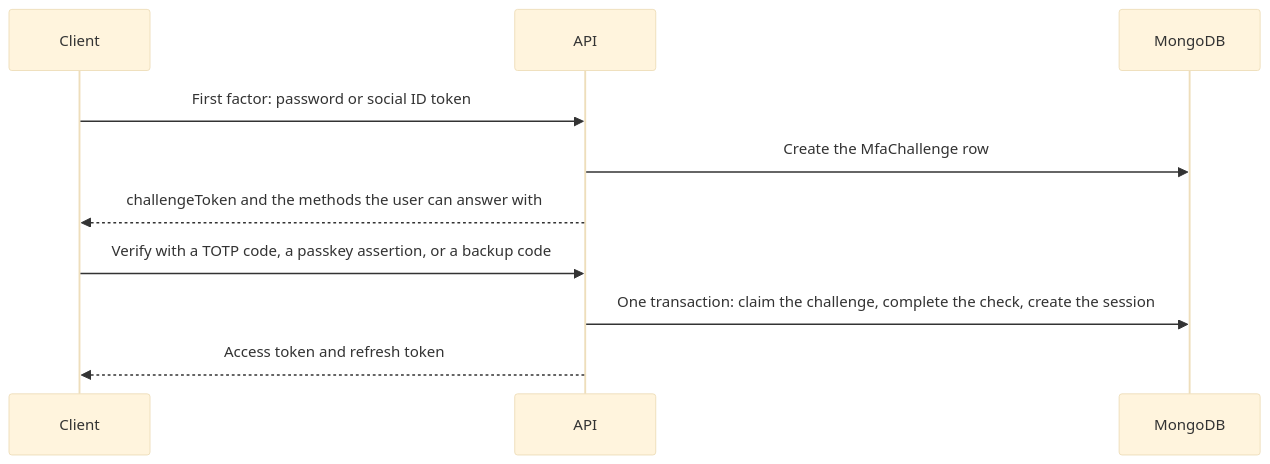
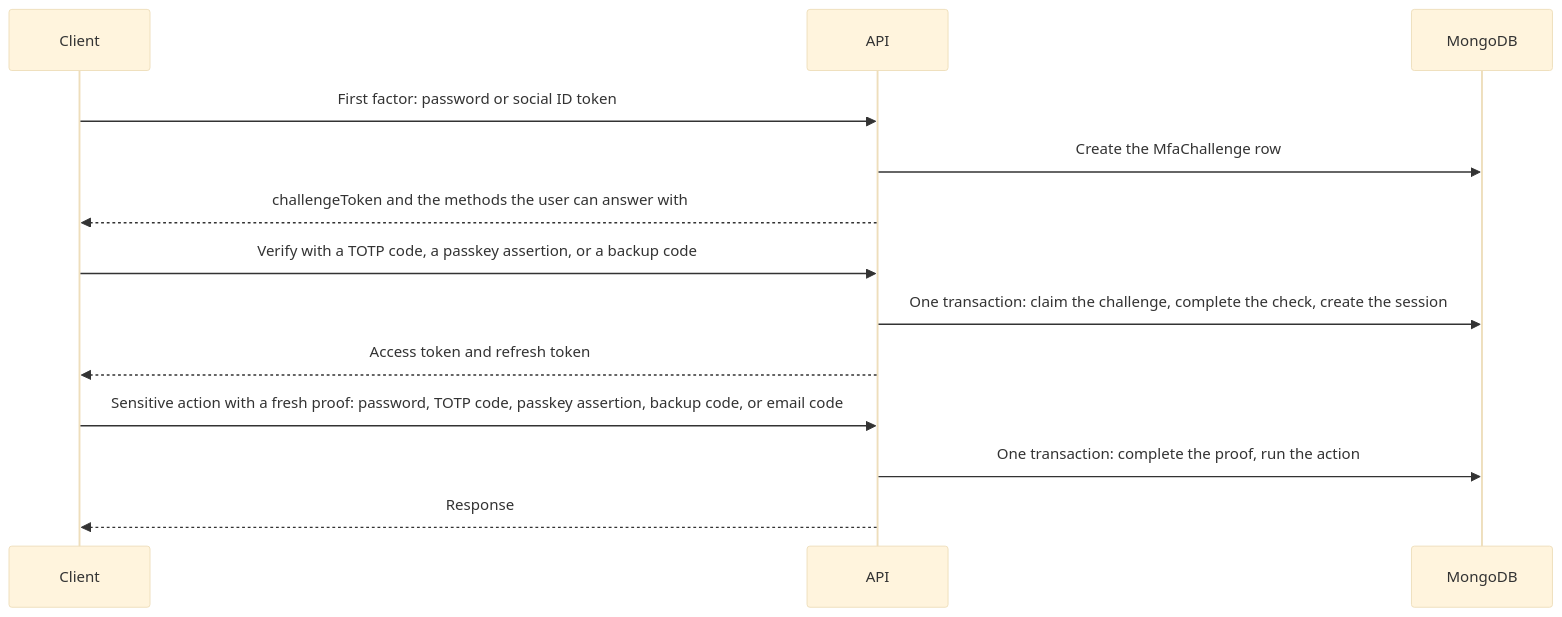
One commit to andrechristikan/ack-nestjs-boilerplate changed the diagram in docs/concepts/mfa.md. Above: the diagram before and after it, drawn with Mermaid (base theme). The commit also changed other lines of this file and 35 other files, not shown here.

Commit message:
docs: draw every diagram top to bottom and match each to its page

````diff
--- a/docs/concepts/mfa.md
+++ b/docs/concepts/mfa.md
@@ -35,13 +37,16 @@
 ```mermaid
 sequenceDiagram
     participant C as Client
     participant A as API
     participant DB as MongoDB
 
     C->>A: First factor: password or social ID token
     A->>DB: Create the MfaChallenge row
     A-->>C: challengeToken and the methods the user can answer with
     C->>A: Verify with a TOTP code, a passkey assertion, or a backup code
     A->>DB: One transaction: claim the challenge, complete the check, create the session
     A-->>C: Access token and refresh token
+    C->>A: Sensitive action with a fresh proof: password, TOTP code, passkey assertion, backup code, or email code
+    A->>DB: One transaction: complete the proof, run the action
+    A-->>C: Response
 ```
````
